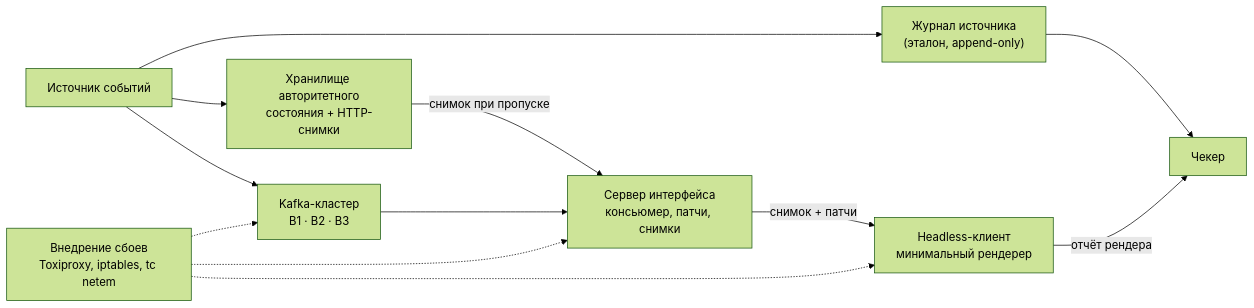
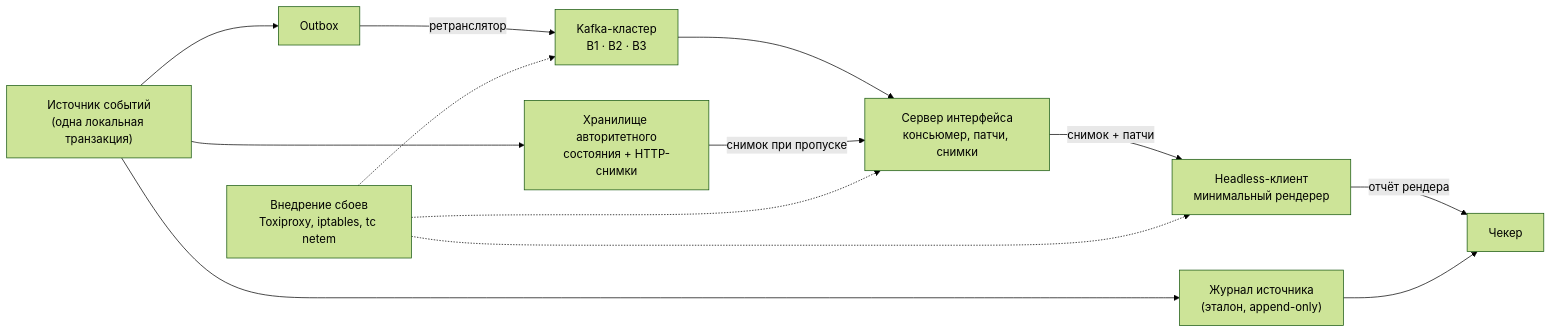
Before and after one commit to aalikorn/subtree-sync: the diagram in Diplom_Glavy_1-2_obyedinennyi_ru_v2.md, drawn with Mermaid (forest theme). The commit also changed other lines of this file and 2 other files, not shown here.

````diff
--- a/Diplom_Glavy_1-2_obyedinennyi_ru_v2.md
+++ b/Diplom_Glavy_1-2_obyedinennyi_ru_v2.md
@@ -70,14 +70,15 @@
 ```mermaid
 flowchart LR
-    SRC["Источник событий"] --> JRN["Журнал источника<br/>(эталон, append-only)"]
+    SRC["Источник событий<br/>(одна локальная транзакция)"] --> JRN["Журнал источника<br/>(эталон, append-only)"]
     SRC --> STORE["Хранилище авторитетного<br/>состояния + HTTP-снимки"]
-    SRC --> KAFKA["Kafka-кластер<br/>B1 · B2 · B3"]
+    SRC --> OUTBOX["Outbox"]
+    OUTBOX -- "ретранслятор" --> KAFKA["Kafka-кластер<br/>B1 · B2 · B3"]
     KAFKA --> GS["Сервер интерфейса<br/>консьюмер, патчи, снимки"]
     STORE -- "снимок при пропуске" --> GS
     GS -- "снимок + патчи" --> CL["Headless-клиент<br/>минимальный рендерер"]
     FI["Внедрение сбоев<br/>Toxiproxy, iptables, tc netem"] -.-> KAFKA
     FI -.-> GS
     FI -.-> CL
     CL -- "отчёт рендера" --> CHK["Чекер"]
     JRN --> CHK
 ```
````
